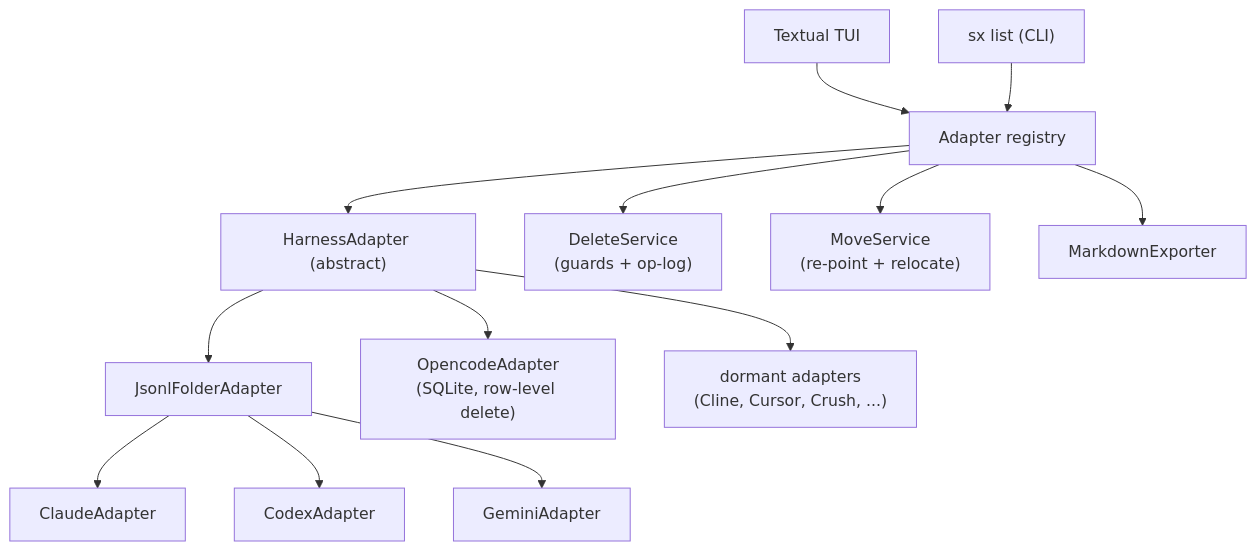
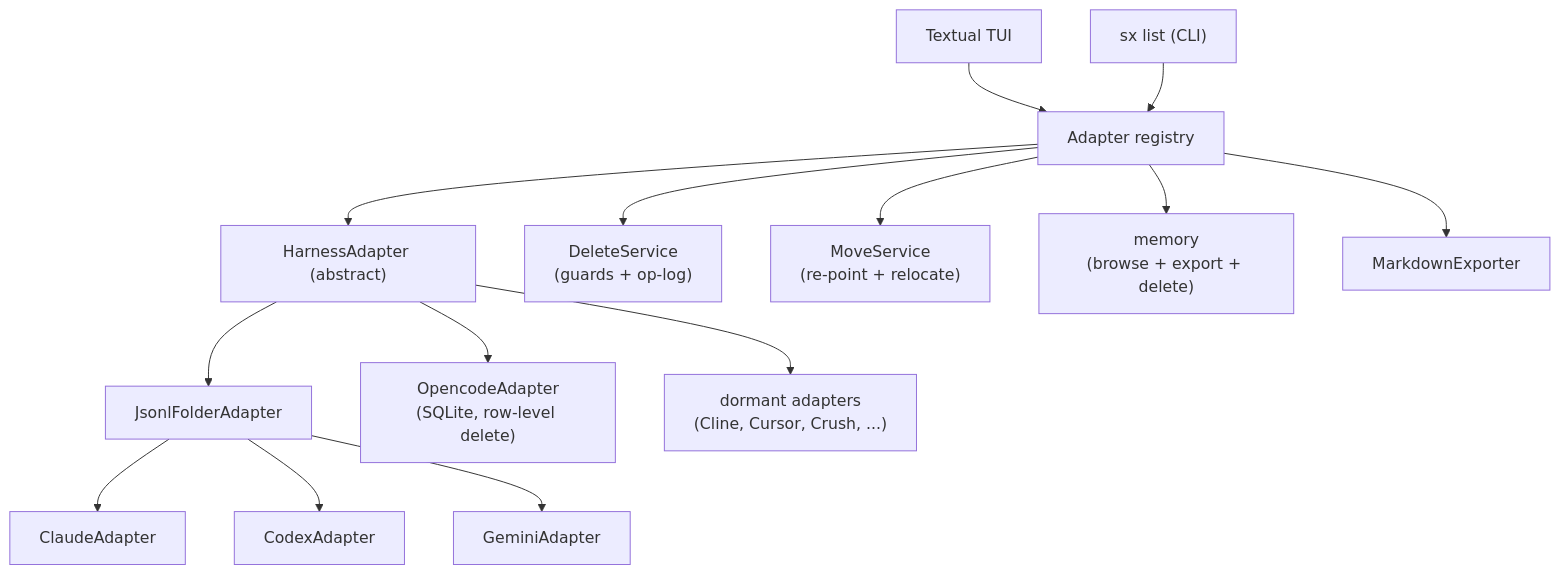
Before and after one commit to junxit/agentic-session-explorer: the diagram in README.md, drawn with Mermaid. The commit also changed other lines of this file and 18 other files, not shown here.

````diff
--- a/README.md
+++ b/README.md
@@ -211,15 +266,16 @@
 ```mermaid
 flowchart TD
     TUI["Textual TUI"] --> REG["Adapter registry"]
     CLI["sx list (CLI)"] --> REG
     REG --> BASE["HarnessAdapter (abstract)"]
     BASE --> JF["JsonlFolderAdapter"]
     JF --> CL["ClaudeAdapter"]
     JF --> CX["CodexAdapter"]
     JF --> GM["GeminiAdapter"]
     BASE --> OC["OpencodeAdapter\n(SQLite, row-level delete)"]
     BASE --> DORM["dormant adapters\n(Cline, Cursor, Crush, ...)"]
     REG --> DEL["DeleteService\n(guards + op-log)"]
     REG --> MOV["MoveService\n(re-point + relocate)"]
+    REG --> MEM["memory\n(browse + export + delete)"]
     REG --> EXP["MarkdownExporter"]
 ```
````
